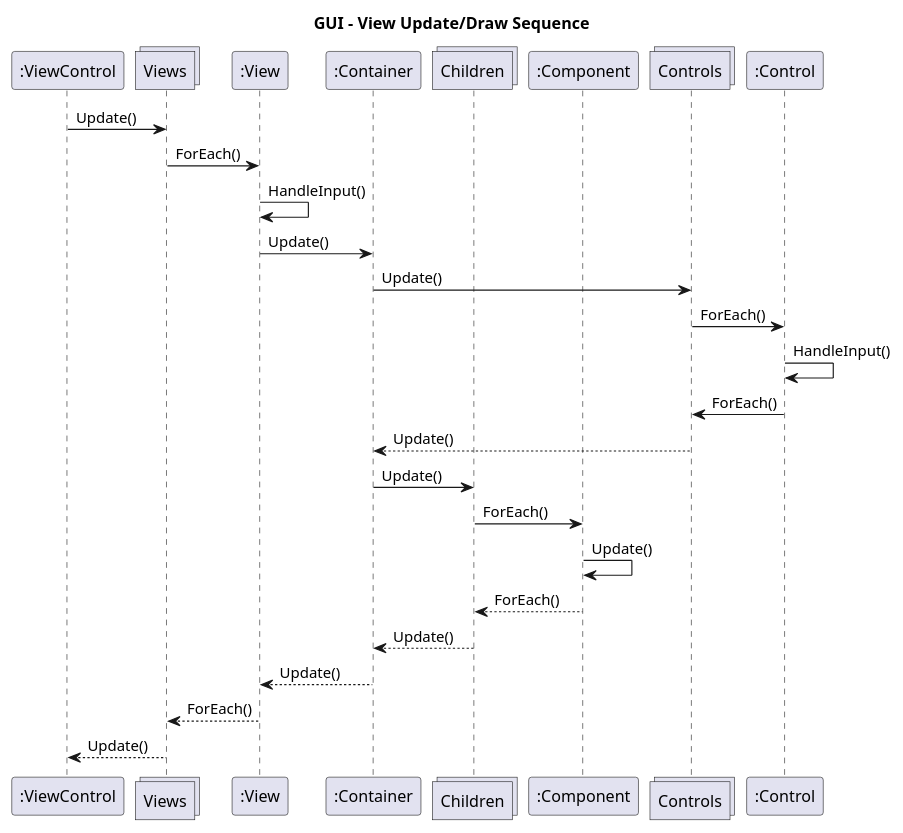
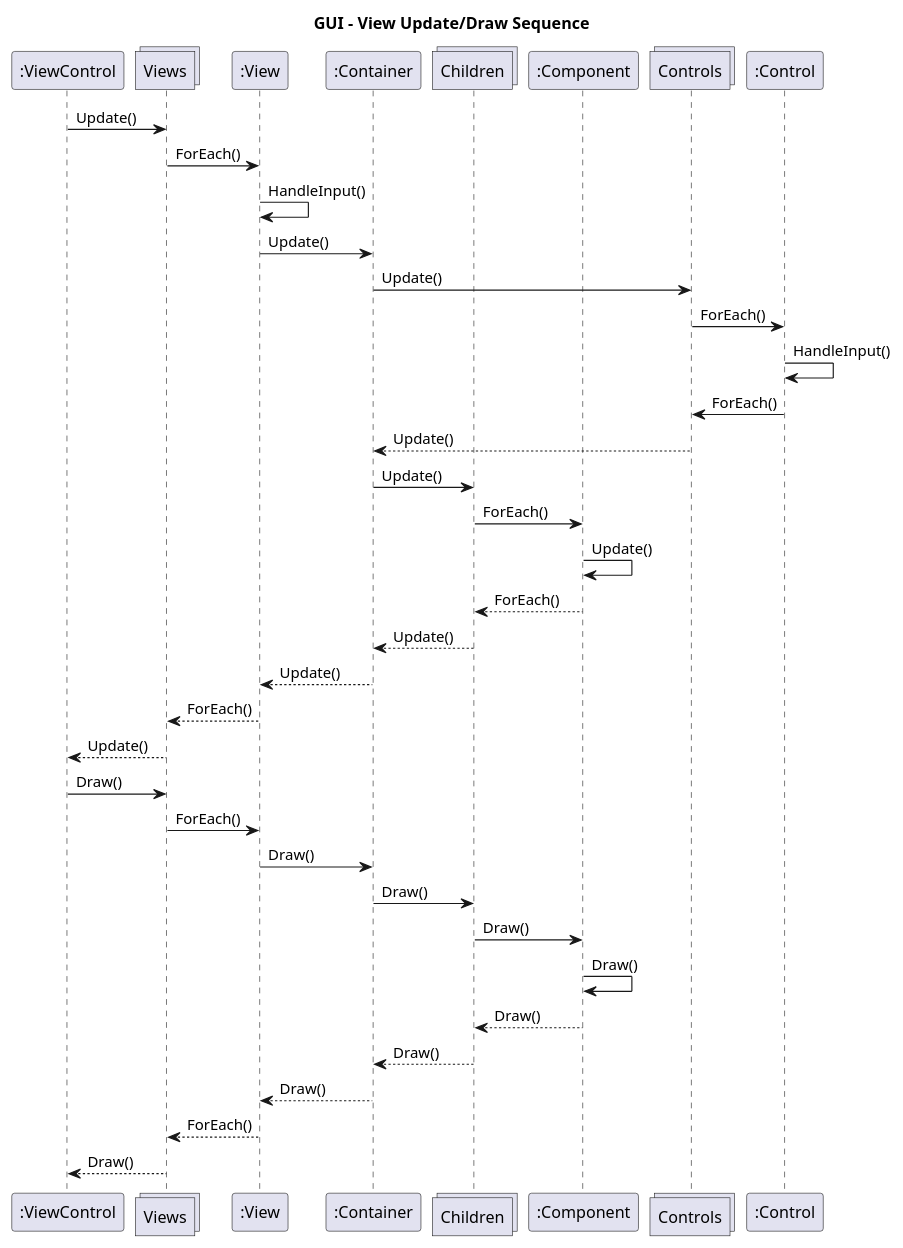
Before and after one commit to hdainester/mgx: the diagram in uml/sequence/view.puml, drawn with PlantUML.

Commit message:
- tweaked view sequence diagram

```diff
--- a/uml/sequence/view.puml
+++ b/uml/sequence/view.puml
@@ -1,35 +1,47 @@
 @startuml ViewSequence
 title GUI - View Update/Draw Sequence
 
 participant ":ViewControl" as ViewControl
 
 collections "Views" as Views
 participant ":View" as View
 
 participant ":Container" as Container
 
 collections "Children" as Components
 participant ":Component" as Component
 
 collections "Controls" as Controls
 participant ":Control" as Control
 
 ViewControl -> Views : Update()
     Views -> View : ForEach()
         View -> View : HandleInput()
         View -> Container : Update()
             Container -> Controls : Update()
                 Controls -> Control : ForEach()
                     Control -> Control : HandleInput()
                 Controls <- Control : ForEach()
             Container <-- Controls : Update()
             Container -> Components : Update()
                 Components -> Component : ForEach()
                     Component -> Component : Update()
                 Components <-- Component : ForEach()
             Container <-- Components : Update()
         View <-- Container : Update()
     Views <-- View : ForEach()
 ViewControl <-- Views : Update()
 
+ViewControl -> Views : Draw()
+    Views -> View : ForEach()
+        View -> Container : Draw()
+            Container -> Components : Draw()
+                Components -> Component : Draw()
+                    Component -> Component : Draw()
+                Components <-- Component : Draw()
+            Container <-- Components : Draw()
+        View <-- Container : Draw()
+    Views <-- View : ForEach()
+ViewControl <-- Views : Draw()
+
 @enduml
```
